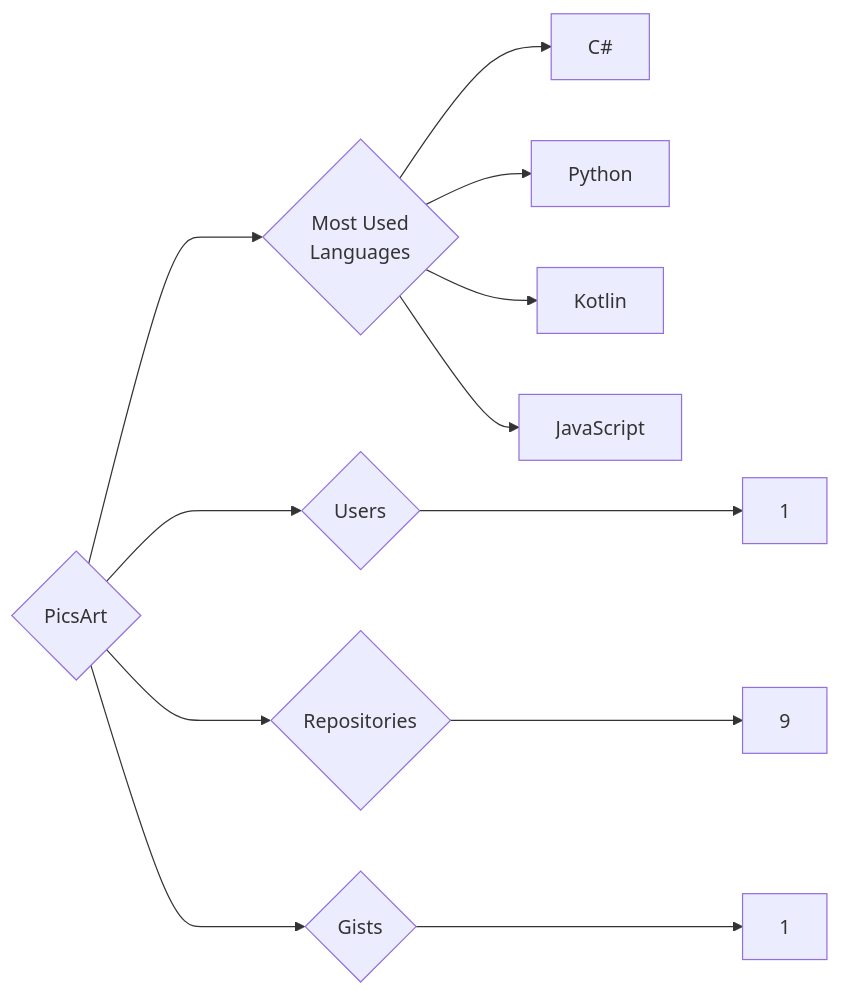
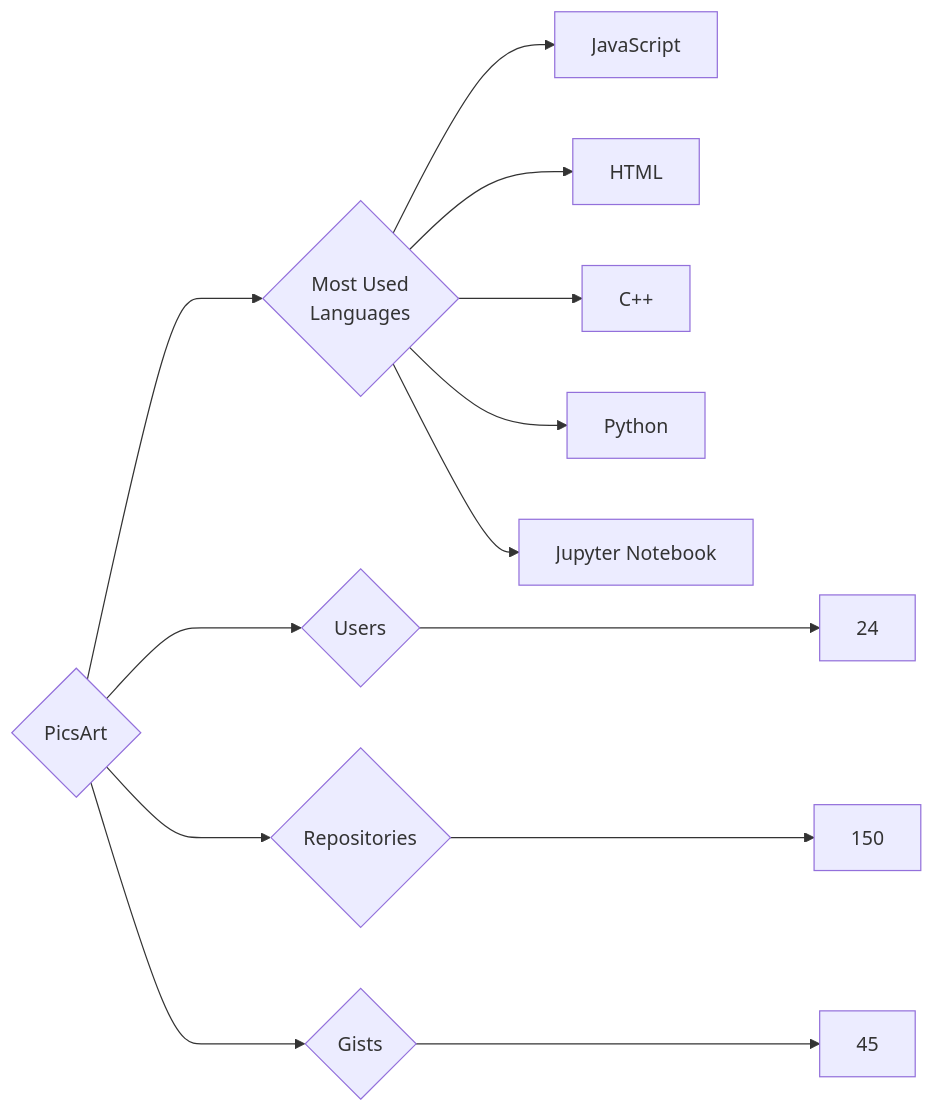
Before and after one commit to trickest/insiders: the diagram in targets/PicsArt/README.md, drawn with Mermaid. The commit also changed 903 other files, not shown here.

````diff
--- a/targets/PicsArt/README.md
+++ b/targets/PicsArt/README.md
@@ -3,12 +3,13 @@
 ```mermaid
 graph LR
 COMPANY_NAME{PicsArt}
-COMPANY_NAME ---> U{Users} ---> UN[1]
-COMPANY_NAME ---> R{Repositories} ---> RN[9]
-COMPANY_NAME ---> G{Gists} ---> GN[1]
+COMPANY_NAME ---> U{Users} ---> UN[24]
+COMPANY_NAME ---> R{Repositories} ---> RN[150]
+COMPANY_NAME ---> G{Gists} ---> GN[45]
 COMPANY_NAME ---> ML{Most Used<br>Languages}
-ML --> C#[C#]
+ML --> JavaScript[JavaScript]
+ML --> HTML[HTML]
+ML --> C++[C++]
 ML --> Python[Python]
-ML --> Kotlin[Kotlin]
-ML --> JavaScript[JavaScript]
+ML --> Jupyter_Notebook[Jupyter Notebook]
 ```
````
